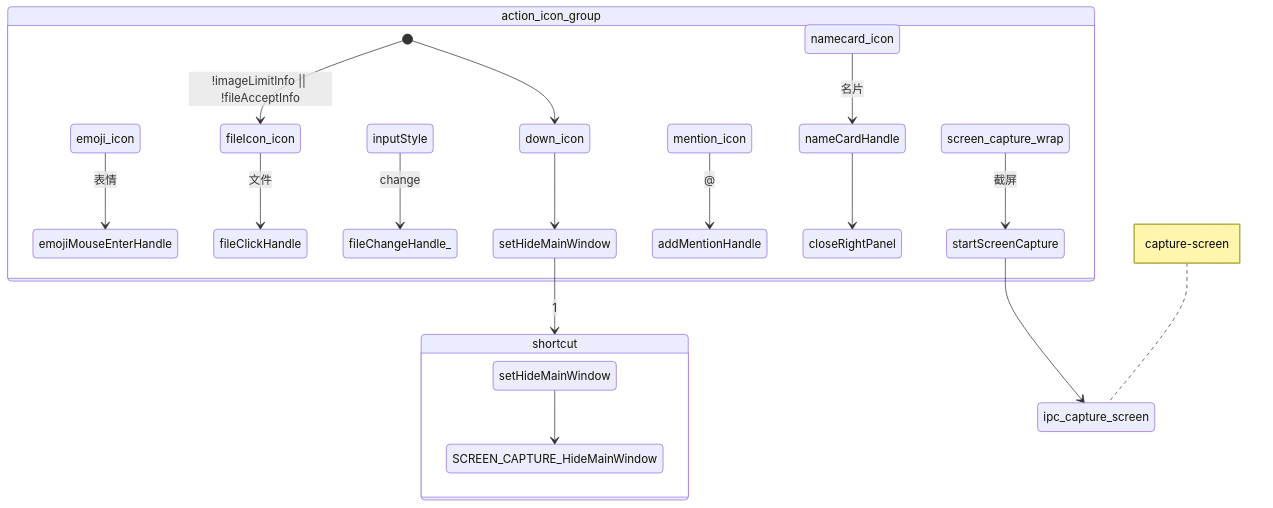
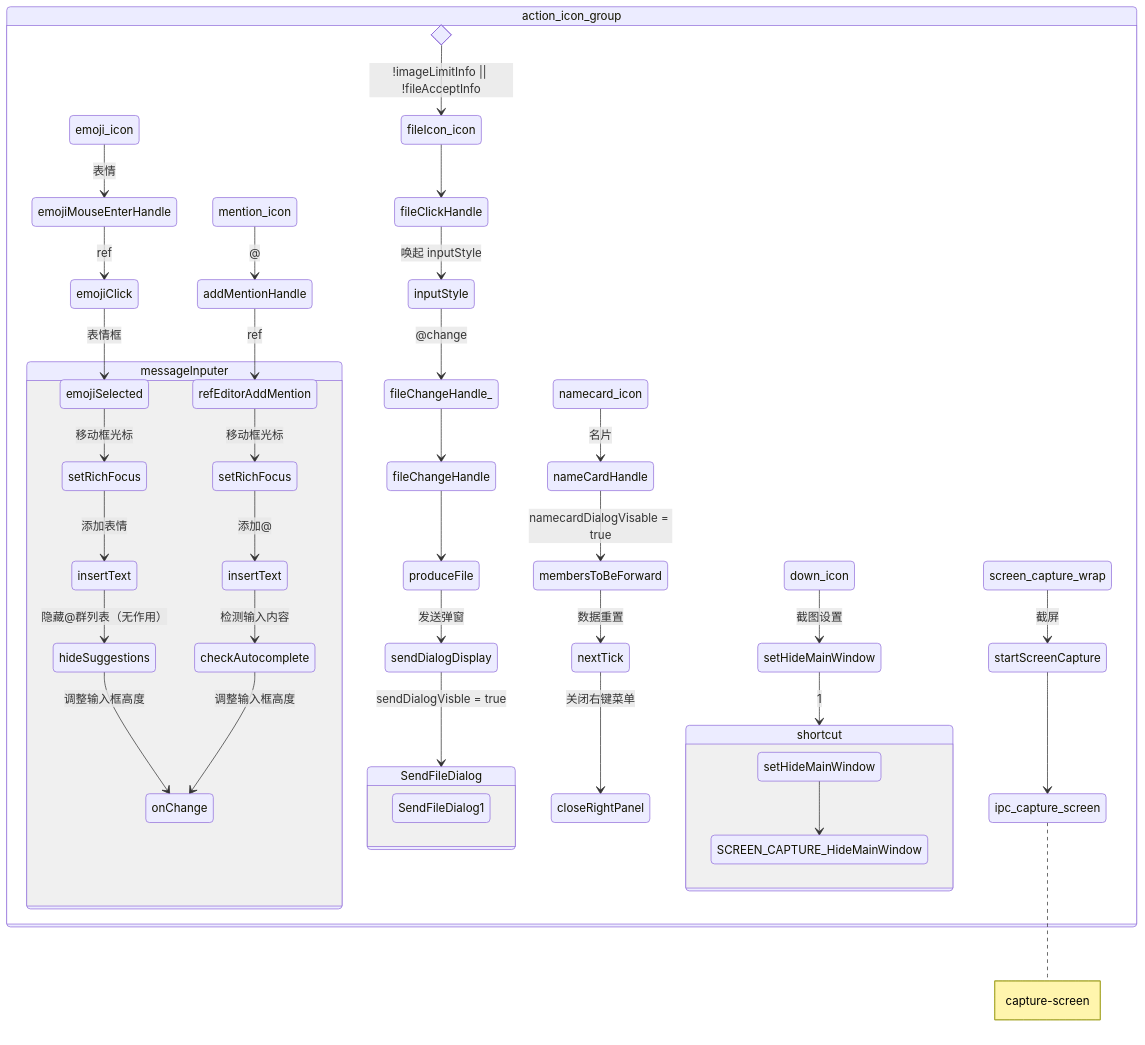
Before and after one commit to luuman/newDoc: the third of 3 diagrams in docs/note/Com/MessageInputTop.md, drawn with Mermaid. The commit also changed other lines of this file and 20 other files, not shown here.

````diff
--- a/docs/note/Com/MessageInputTop.md
+++ b/docs/note/Com/MessageInputTop.md
@@ -47,22 +62,55 @@
 ```mermaid
 stateDiagram-v2
 	state action_icon_group {
 		emoji_icon --> emojiMouseEnterHandle: 表情
-		[*] --> fileIcon_icon: !imageLimitInfo || !fileAcceptInfo
-		fileIcon_icon --> fileClickHandle: 文件
-		inputStyle --> fileChangeHandle_: change
+		state messageInputer {
+			emojiClick --> emojiSelected: 表情框
+			emojiSelected --> setRichFocus1: 移动框光标
+			insertText1: insertText
+			setRichFocus1: setRichFocus
+			setRichFocus1 --> insertText1: 添加表情
+			insertText1 --> hideSuggestions: 隐藏@群列表（无作用）
+			hideSuggestions --> onChange: 调整输入框高度
+
+			addMentionHandle --> refEditorAddMention: ref
+			setRichFocus2: setRichFocus
+			refEditorAddMention --> setRichFocus2: 移动框光标
+			insertText2: insertText
+			setRichFocus2 --> insertText2: 添加@
+			insertText2 --> checkAutocomplete: 检测输入内容
+			checkAutocomplete --> onChange: 调整输入框高度
+		}
+		emojiMouseEnterHandle --> emojiClick: ref
+
+		state Y1 <<choice>>
+		Y1 --> fileIcon_icon: !imageLimitInfo || !fileAcceptInfo
+		fileIcon_icon --> fileClickHandle
+		fileClickHandle --> inputStyle: 唤起 inputStyle
+		inputStyle --> fileChangeHandle_: @change
+		fileChangeHandle_ --> fileChangeHandle
+		fileChangeHandle --> produceFile
+		produceFile --> sendDialogDisplay: 发送弹窗
+		sendDialogDisplay --> SendFileDialog: sendDialogVisble = true
+		state SendFileDialog {
+			SendFileDialog1
+		}
+
 		namecard_icon --> nameCardHandle: 名片
-		nameCardHandle --> closeRightPanel
+		nameCardHandle --> membersToBeForward: namecardDialogVisable = true
+		membersToBeForward --> nextTick: 数据重置
+		nextTick --> closeRightPanel: 关闭右键菜单
+
 		mention_icon --> addMentionHandle: @
-		[*] --> down_icon
-		down_icon --> setHideMainWindow
+
+		down_icon --> setHideMainWindow: 截图设置
+		state shortcut {
+			setHideMainWindow2: setHideMainWindow
+			setHideMainWindow2 --> SCREEN_CAPTURE_HideMainWindow
+		}
+		setHideMainWindow --> shortcut: 1
+
 		screen_capture_wrap --> startScreenCapture: 截屏
+		startScreenCapture --> ipc_capture_screen
+		note right of ipc_capture_screen: capture-screen
   }
-	startScreenCapture --> ipc_capture_screen
-	note left of ipc_capture_screen: capture-screen
-	state shortcut {
-		setHideMainWindow2: setHideMainWindow
-		setHideMainWindow2 --> SCREEN_CAPTURE_HideMainWindow
-	}
-	setHideMainWindow --> shortcut: 1
 ```
````
